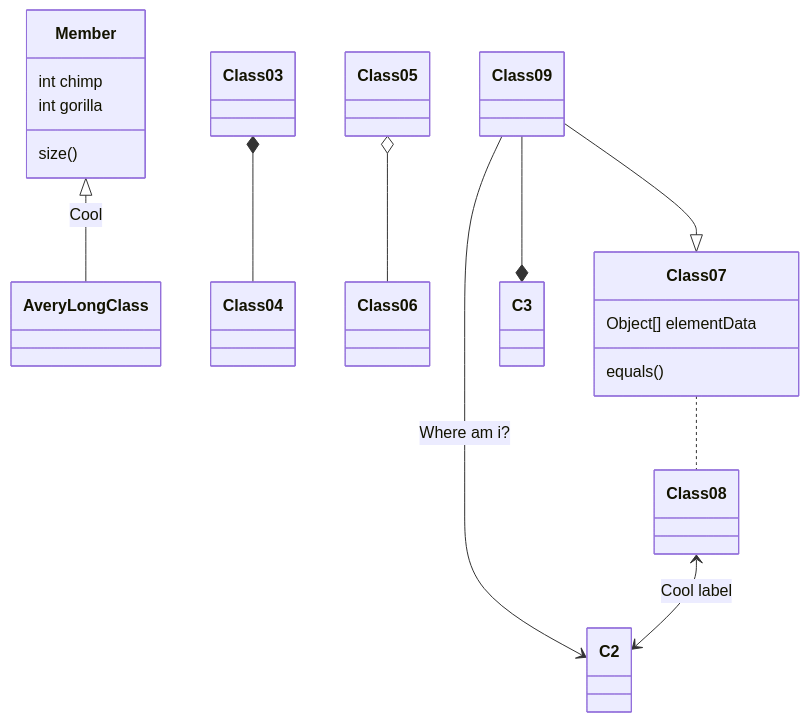
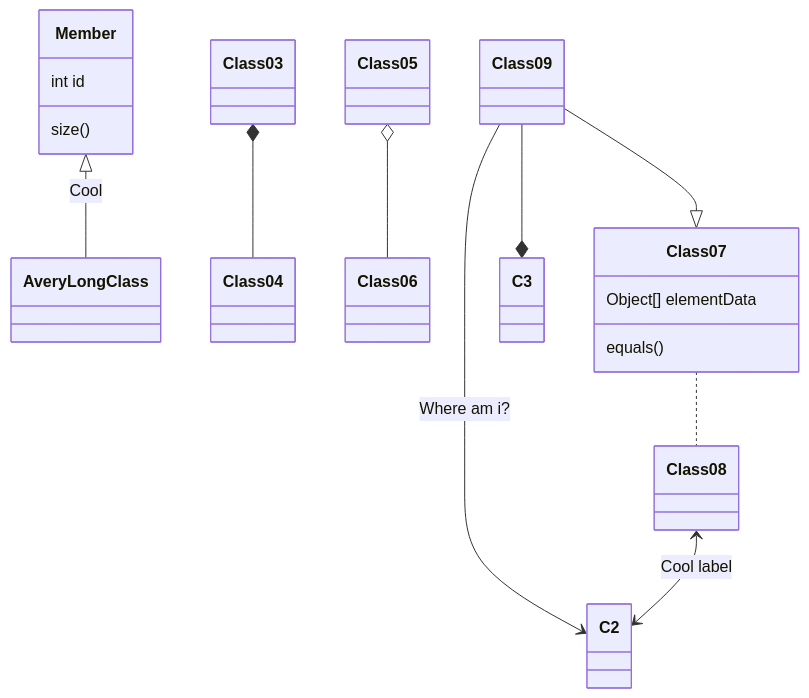
One commit to FABallemand/ProjetDeveloppementWeb changed the first of 3 diagrams in README.md. Above: the diagram before and after it, drawn with Mermaid.

Commit message:
Test UML diagram #8

````diff
--- a/README.md
+++ b/README.md
@@ -3,16 +3,15 @@
 ```mermaid
 classDiagram
 Member <|-- AveryLongClass : Cool
 Class03 *-- Class04
 Class05 o-- Class06
 Class07 .. Class08
 Class09 --> C2 : Where am i?
 Class09 --* C3
 Class09 --|> Class07
 Class07 : equals()
 Class07 : Object[] elementData
 Member : size()
-Member : int chimp
-Member : int gorilla
+Member : int id
 Class08 <--> C2: Cool label
 ```
````
